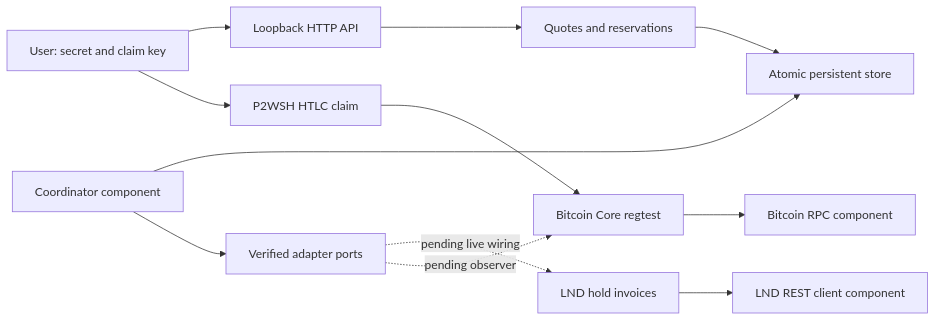
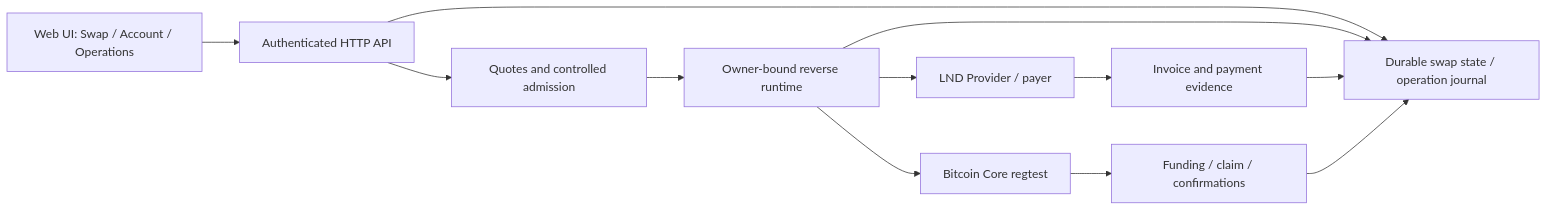
The diagram in README.md (marchelo23/swap-engine), drawn with Mermaid before and after one commit. The commit also changed other lines of this file, not shown here.

Commit message:
docs: refresh README with verified regtest progress and guest swap roadmap

````diff
--- a/README.md
+++ b/README.md
@@ -18,14 +43,14 @@
 ```mermaid
 flowchart LR
-  U[User: secret and claim key] --> API[Loopback HTTP API]
-  API --> M[Quotes and reservations]
-  M --> DB[Atomic persistent store]
-  C[Coordinator component] --> DB
-  C --> P[Verified adapter ports]
-  P -. pending live wiring .-> L[LND hold invoices]
-  P -. pending observer .-> B[Bitcoin Core regtest]
-  U --> H[P2WSH HTLC claim]
-  H --> B
-  L --> LC[LND REST client component]
-  B --> BC[Bitcoin RPC component]
+  UI[Web UI: Swap / Account / Operations] --> API[Authenticated HTTP API]
+  API --> Q[Quotes and controlled admission]
+  API --> S[Durable swap state / operation journal]
+  Q --> R[Owner-bound reverse runtime]
+  R --> S
+  R --> L[LND Provider / payer]
+  R --> B[Bitcoin Core regtest]
+  L --> E[Invoice and payment evidence]
+  B --> E2[Funding / claim / confirmations]
+  E --> S
+  E2 --> S
 ```
````
